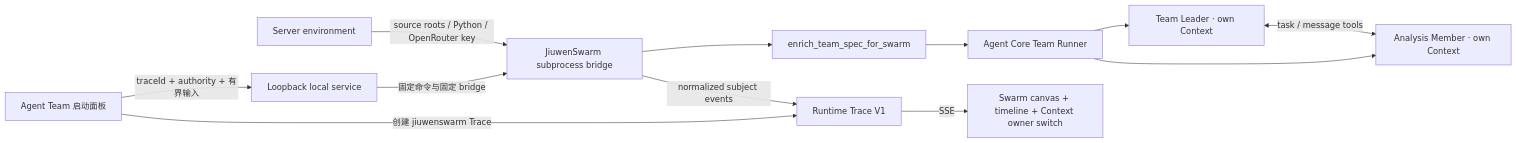
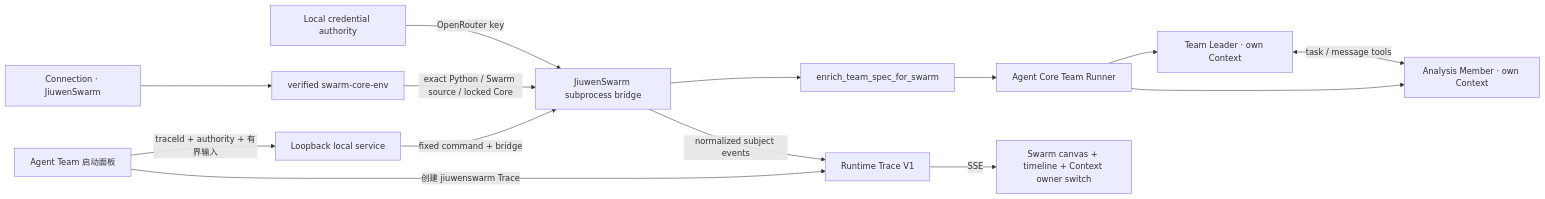
The diagram in docs/jiuwenswarm-execution-v1.md (LasVie/OpenJiuwen_Visualization), drawn with Mermaid before and after one commit. The commit also changed other lines of this file and 47 other files, not shown here.

````diff
--- a/docs/jiuwenswarm-execution-v1.md
+++ b/docs/jiuwenswarm-execution-v1.md
@@ -12,14 +12,16 @@
 ```mermaid
 flowchart LR
   UI["Agent Team 启动面板"] -->|"创建 jiuwenswarm Trace"| Trace["Runtime Trace V1"]
   UI -->|"traceId + authority + 有界输入"| Service["Loopback local service"]
-  Service -->|"固定命令与固定 bridge"| Bridge["JiuwenSwarm subprocess bridge"]
-  Env["Server environment"] -->|"source roots / Python / OpenRouter key"| Bridge
+  Service -->|"fixed command + bridge"| Bridge["JiuwenSwarm subprocess bridge"]
+  Source["Connection · JiuwenSwarm"] --> Env["verified swarm-core-env"]
+  Env -->|"exact Python / Swarm source / locked Core"| Bridge
+  Credential["Local credential authority"] -->|"OpenRouter key"| Bridge
   Bridge --> Assembly["enrich_team_spec_for_swarm"]
   Assembly --> Runner["Agent Core Team Runner"]
   Runner --> Leader["Team Leader · own Context"]
   Runner --> Analyst["Analysis Member · own Context"]
   Leader <-->|"task / message tools"| Analyst
   Bridge -->|"normalized subject events"| Trace
   Trace -->|"SSE"| Canvas["Swarm canvas + timeline + Context owner switch"]
 ```
````
